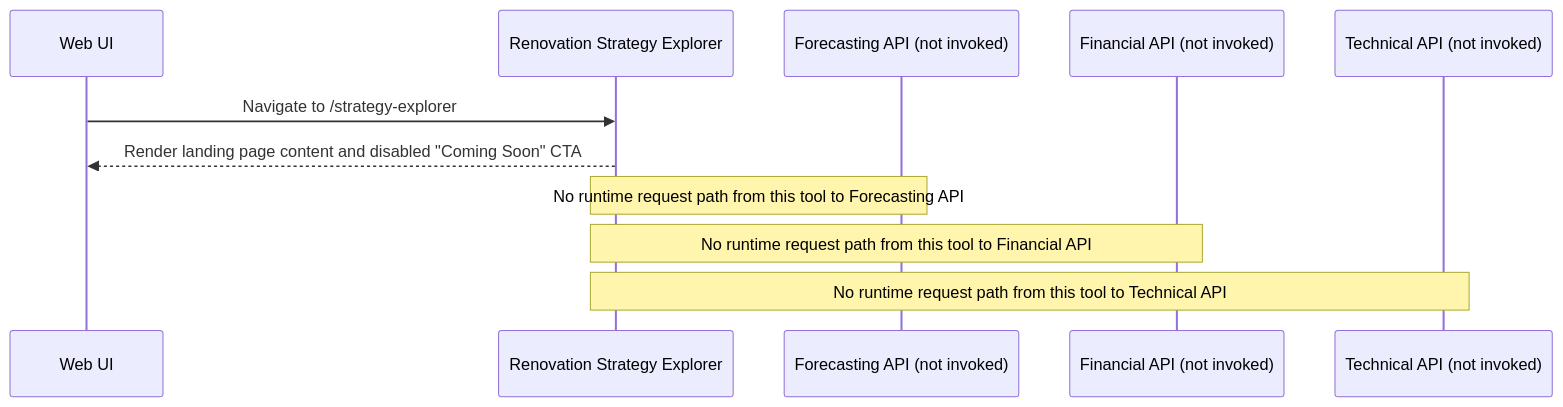
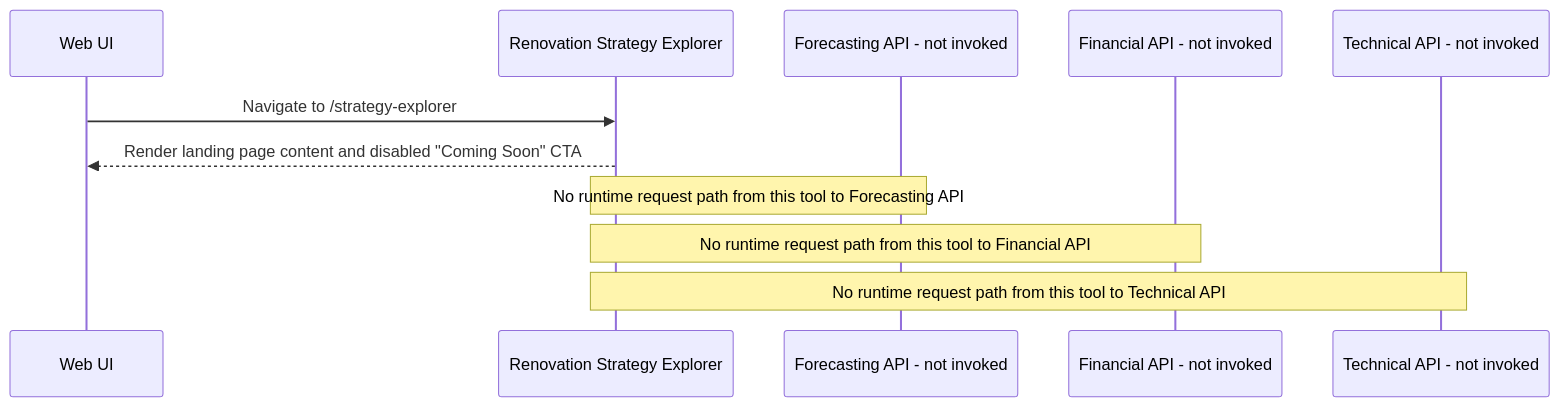
One commit to ReLIFE-Project-EU/relife-web-ui changed the third of 3 diagrams in README.md. Above: the diagram before and after it, drawn with Mermaid. The commit also changed other lines of this file, not shown here.

Commit message:
🩹 Fix sequence diagrams

````diff
--- a/README.md
+++ b/README.md
@@ -92,14 +92,14 @@
 ```mermaid
 sequenceDiagram
     participant UI as Web UI
     participant RSE as Renovation Strategy Explorer
-    participant FCAST as Forecasting API (not invoked)
-    participant FIN as Financial API (not invoked)
-    participant TECH as Technical API (not invoked)
+    participant FCAST as Forecasting API - not invoked
+    participant FIN as Financial API - not invoked
+    participant TECH as Technical API - not invoked
 
     UI->>RSE: Navigate to /strategy-explorer
     RSE-->>UI: Render landing page content and disabled "Coming Soon" CTA
     Note over RSE,FCAST: No runtime request path from this tool to Forecasting API
     Note over RSE,FIN: No runtime request path from this tool to Financial API
     Note over RSE,TECH: No runtime request path from this tool to Technical API
 ```
````
